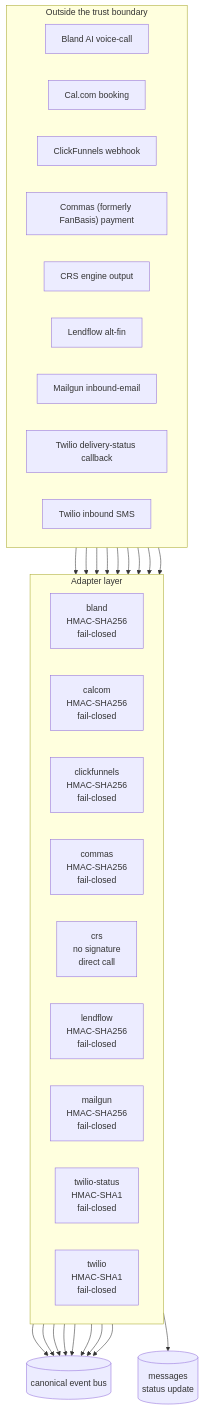
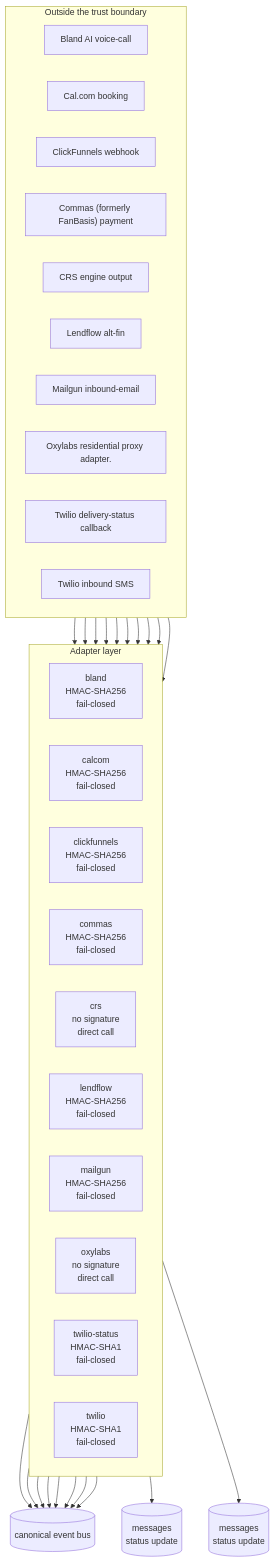
The diagram in docs/diagrams/adapter-boundary.md (ZootimusMaximusSupreme/Fundhub_ai), drawn with Mermaid before and after one commit. The commit also changed other lines of this file and 41 other files, not shown here.

First line of the commit message:
Add Oxylabs residential Apply door and Chrome extension.

````diff
--- a/docs/diagrams/adapter-boundary.md
+++ b/docs/diagrams/adapter-boundary.md
@@ -10,47 +10,51 @@
 ```mermaid
 flowchart TB
   subgraph OUTSIDE[Outside the trust boundary]
     direction LR
     o_bland["Bland AI voice-call"]
     o_calcom["Cal.com booking"]
     o_clickfunnels["ClickFunnels webhook"]
     o_commas["Commas (formerly FanBasis) payment"]
     o_crs["CRS engine output"]
     o_lendflow["Lendflow alt-fin"]
     o_mailgun["Mailgun inbound-email"]
+    o_oxylabs["Oxylabs residential proxy adapter."]
     o_twilio_status["Twilio delivery-status callback"]
     o_twilio["Twilio inbound SMS"]
   end
   subgraph BOUNDARY[Adapter layer]
     direction LR
     b_bland["bland<br/>HMAC-SHA256<br/>fail-closed"]
     b_calcom["calcom<br/>HMAC-SHA256<br/>fail-closed"]
     b_clickfunnels["clickfunnels<br/>HMAC-SHA256<br/>fail-closed"]
     b_commas["commas<br/>HMAC-SHA256<br/>fail-closed"]
     b_crs["crs<br/>no signature<br/>direct call"]
     b_lendflow["lendflow<br/>HMAC-SHA256<br/>fail-closed"]
     b_mailgun["mailgun<br/>HMAC-SHA256<br/>fail-closed"]
+    b_oxylabs["oxylabs<br/>no signature<br/>direct call"]
     b_twilio_status["twilio-status<br/>HMAC-SHA1<br/>fail-closed"]
     b_twilio["twilio<br/>HMAC-SHA1<br/>fail-closed"]
   end
   BUS[(canonical event bus)]
 
   o_bland --> b_bland
   b_bland --> BUS
   o_calcom --> b_calcom
   b_calcom --> BUS
   o_clickfunnels --> b_clickfunnels
   b_clickfunnels --> BUS
   o_commas --> b_commas
   b_commas --> BUS
   o_crs --> b_crs
   b_crs --> BUS
   o_lendflow --> b_lendflow
   b_lendflow --> BUS
   o_mailgun --> b_mailgun
   b_mailgun --> BUS
+  o_oxylabs --> b_oxylabs
+  b_oxylabs --> DB_oxylabs[("messages<br/>status update")]
   o_twilio_status --> b_twilio_status
   b_twilio_status --> DB_twilio_status[("messages<br/>status update")]
   o_twilio --> b_twilio
   b_twilio --> BUS
 ```
````
